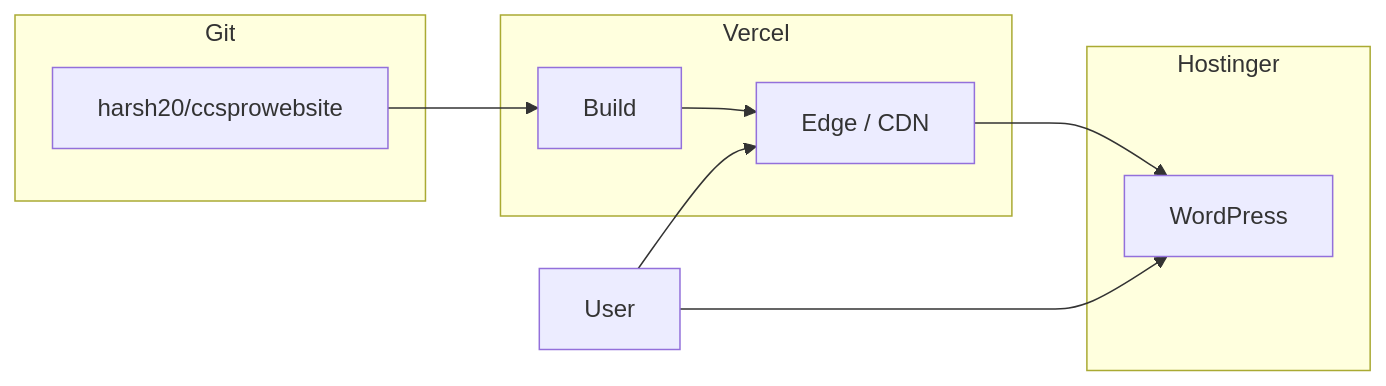
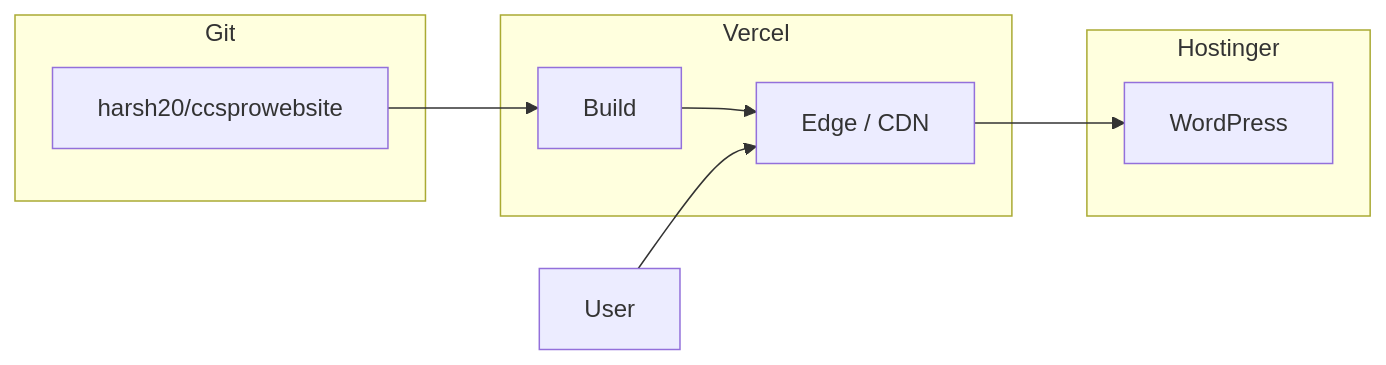
Before and after one commit to harsh20/ccsprowebsite: the fifth of 5 diagrams in architecture.md, drawn with Mermaid. The commit also changed other lines of this file and 36 other files, not shown here.

````diff
--- a/architecture.md
+++ b/architecture.md
@@ -164,18 +232,17 @@
 ```mermaid
 flowchart LR
     subgraph git [Git]
         Repo[harsh20/ccsprowebsite]
     end
     subgraph vercel [Vercel]
         Build[Build]
         Edge[Edge / CDN]
     end
     subgraph hostinger [Hostinger]
         WP[WordPress]
     end
     Repo --> Build
     Build --> Edge
     User --> Edge
-    User --> WP
     Edge --> WP
 ```
````
